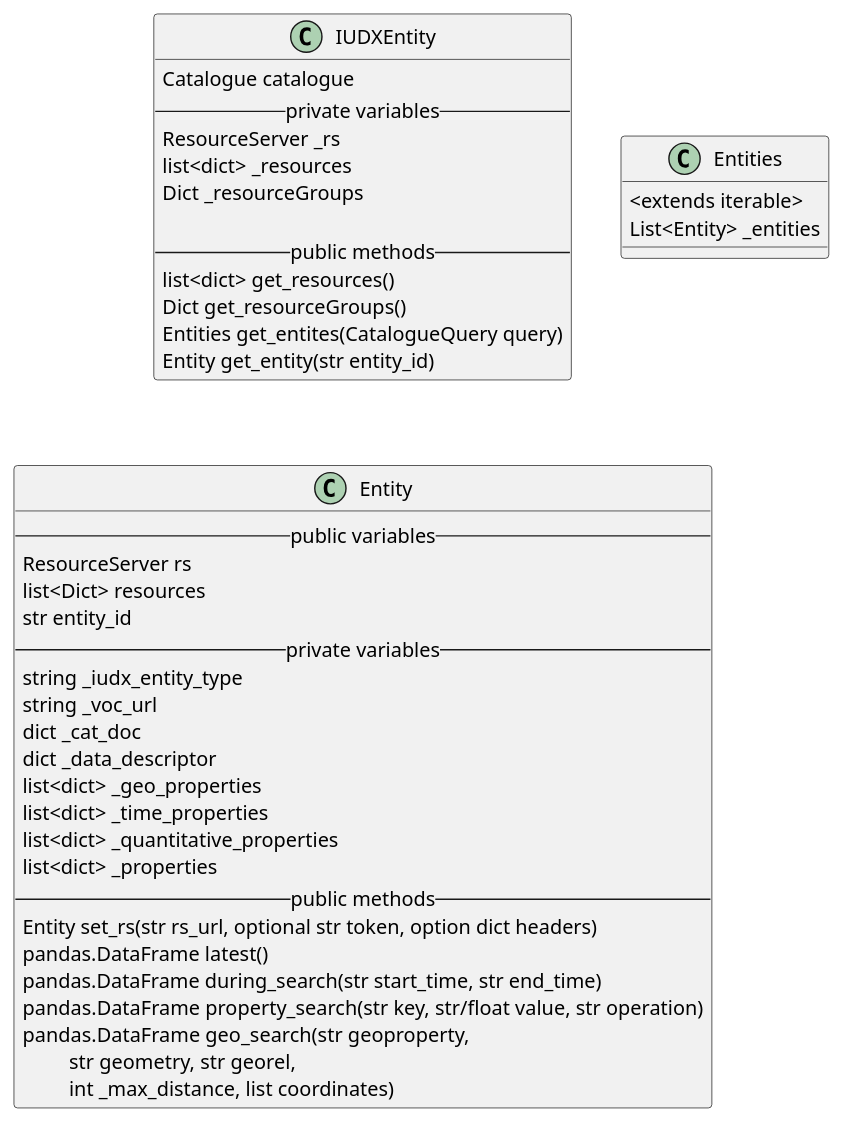
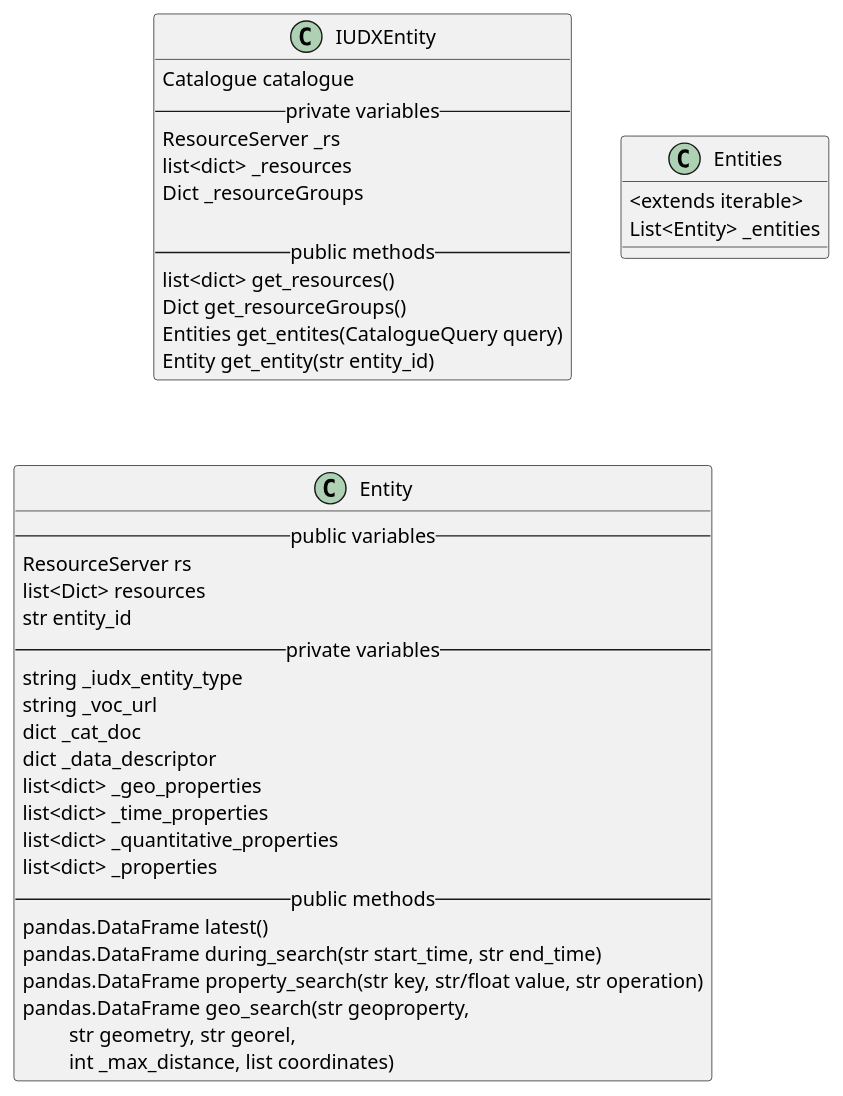
The diagram in docs/diagrams/IUDXEntity.puml (datakaveri/iudx-python-sdk), drawn with PlantUML before and after one commit. The commit also changed 6 other files, not shown here.

```diff
--- a/docs/diagrams/IUDXEntity.puml
+++ b/docs/diagrams/IUDXEntity.puml
@@ -1,46 +1,45 @@
 @startuml
 class IUDXEntity  {
   Catalogue catalogue
   -- private variables --
   ResourceServer _rs
   list<dict> _resources
   Dict _resourceGroups
 
   -- public methods --
   list<dict> get_resources()
   Dict get_resourceGroups()
   Entities get_entites(CatalogueQuery query)
   Entity get_entity(str entity_id)
 }
 
 
 class Entities {
     <extends iterable>
     List<Entity> _entities
 }
 
 
 class Entity {
     -- public variables --
     ResourceServer rs
     list<Dict> resources
     str entity_id
     -- private variables --
     string _iudx_entity_type
     string _voc_url
     dict _cat_doc
     dict _data_descriptor
     list<dict> _geo_properties
     list<dict> _time_properties
     list<dict> _quantitative_properties
     list<dict> _properties
     -- public methods --
-    Entity set_rs(str rs_url, optional str token, option dict headers)
     pandas.DataFrame latest()
     pandas.DataFrame during_search(str start_time, str end_time)
     pandas.DataFrame property_search(str key, str/float value, str operation)
     pandas.DataFrame geo_search(str geoproperty,
         \t str geometry, str georel, 
         \t int _max_distance, list coordinates)
 }
 @enduml
```
